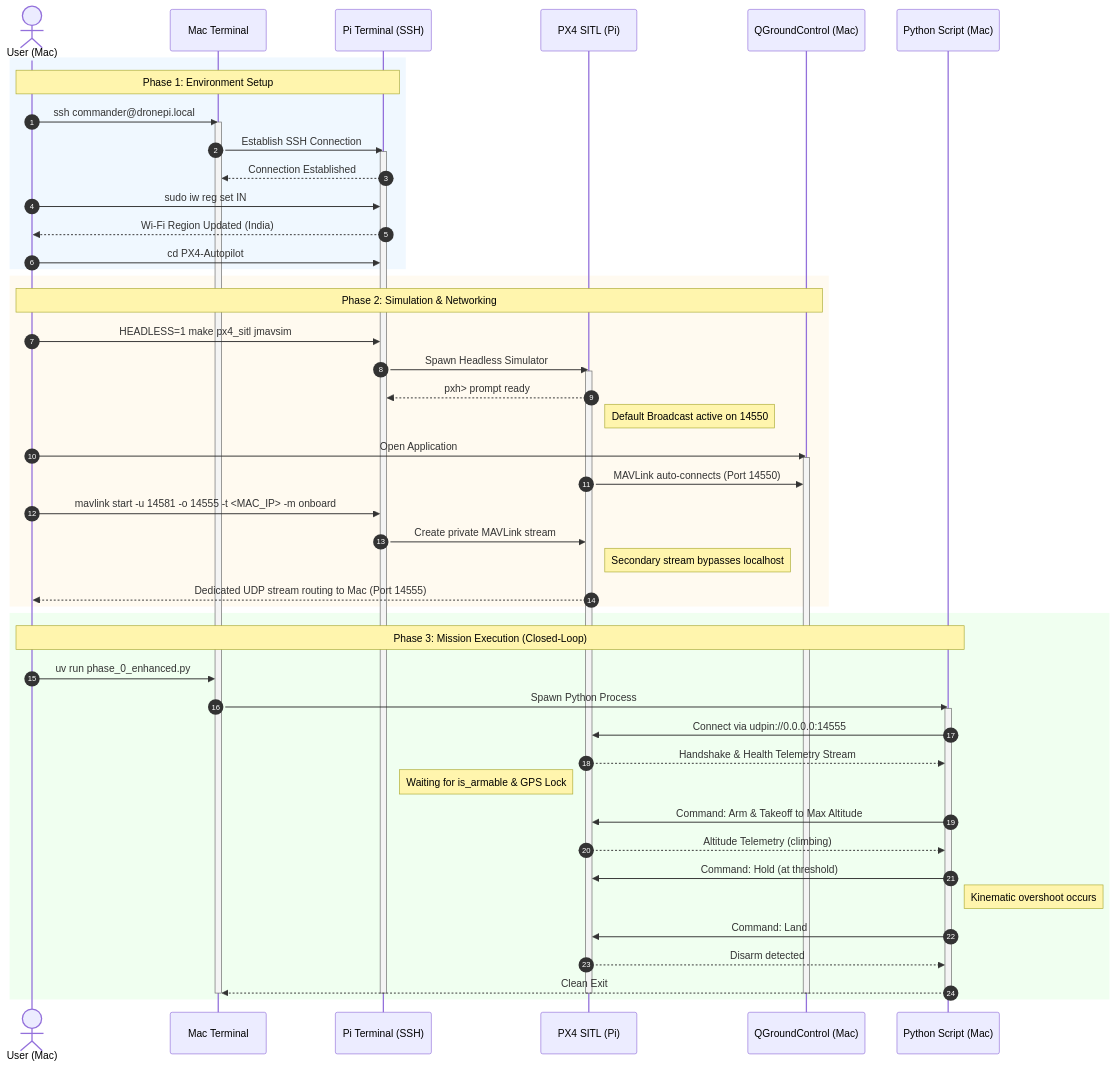
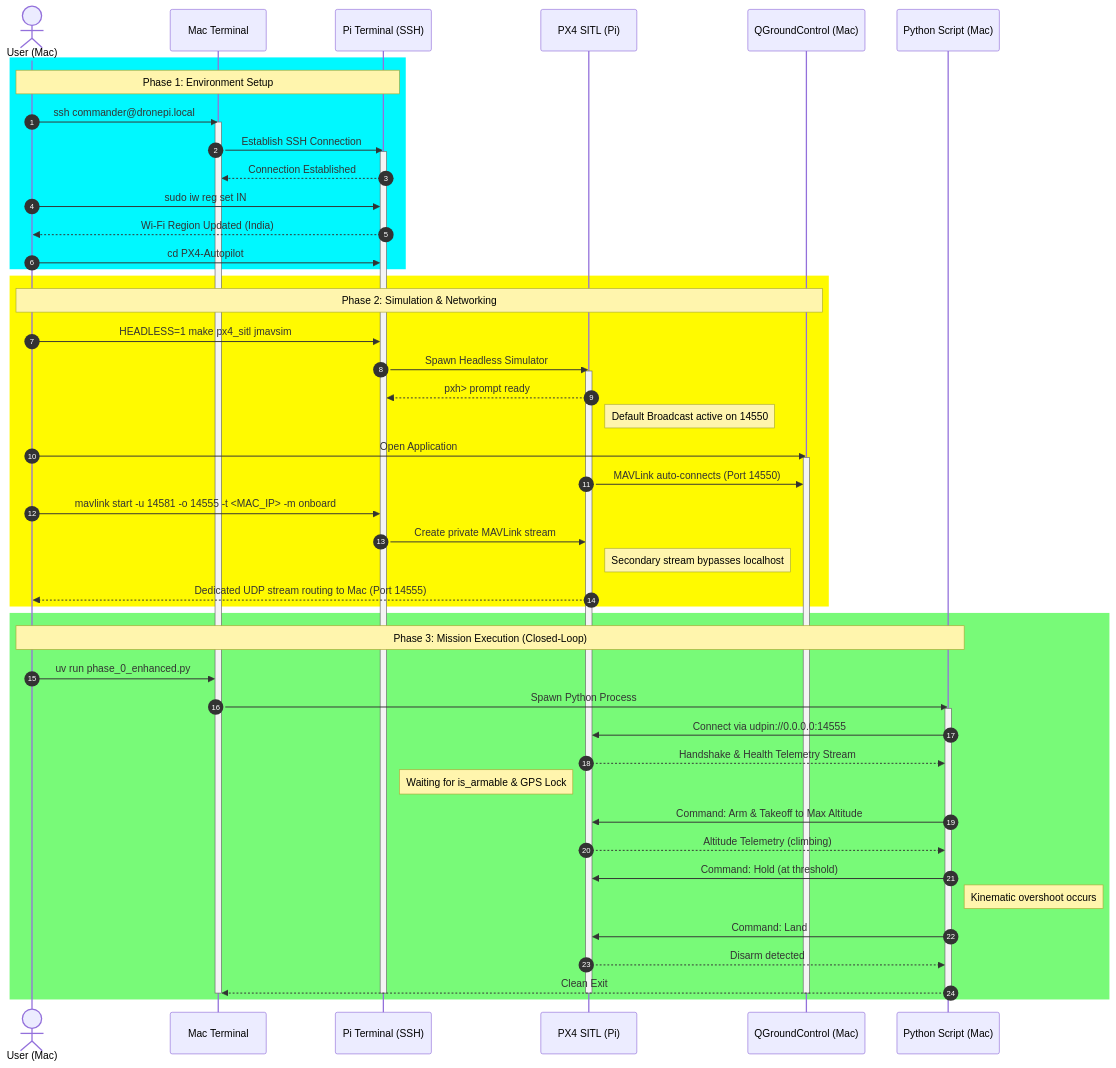
The diagram in README.md (tejas-jm/mav-sortie), drawn with Mermaid before and after one commit.

Commit message:
Mermaid Fixed In ReadME

````diff
--- a/README.md
+++ b/README.md
@@ -79,61 +79,61 @@
 ```mermaid 
 sequenceDiagram
     autonumber
     
     actor User as User (Mac)
     participant MacTerm as Mac Terminal
     participant PiTerm as Pi Terminal (SSH)
     participant PX4 as PX4 SITL (Pi)
     participant QGC as QGroundControl (Mac)
     participant MAVSDK as Python Script (Mac)
 
-    rect rgb(240, 248, 255)
+    rect rgb(0, 248, 255)
     Note over User, PiTerm: Phase 1: Environment Setup
     User->>MacTerm: ssh commander@dronepi.local
     activate MacTerm
     MacTerm->>PiTerm: Establish SSH Connection
     activate PiTerm
     PiTerm-->>MacTerm: Connection Established
     User->>PiTerm: sudo iw reg set IN
     PiTerm-->>User: Wi-Fi Region Updated (India)
     User->>PiTerm: cd PX4-Autopilot
     end
 
-    rect rgb(255, 250, 240)
+    rect rgb(255, 250, 0)
     Note over User, QGC: Phase 2: Simulation & Networking
     User->>PiTerm: HEADLESS=1 make px4_sitl jmavsim
     PiTerm->>PX4: Spawn Headless Simulator
     activate PX4
     PX4-->>PiTerm: pxh> prompt ready
     Note right of PX4: Default Broadcast active on 14550
     User->>QGC: Open Application
     activate QGC
     PX4->>QGC: MAVLink auto-connects (Port 14550)
     User->>PiTerm: mavlink start -u 14581 -o 14555 -t <MAC_IP> -m onboard
     PiTerm->>PX4: Create private MAVLink stream
     Note right of PX4: Secondary stream bypasses localhost
     PX4-->>User: Dedicated UDP stream routing to Mac (Port 14555)
     end
 
-    rect rgb(240, 255, 240)
+    rect rgb(120, 250, 120)
     Note over User, MAVSDK: Phase 3: Mission Execution (Closed-Loop)
     User->>MacTerm: uv run phase_0_enhanced.py
     MacTerm->>MAVSDK: Spawn Python Process
     activate MAVSDK
     MAVSDK->>PX4: Connect via udpin://0.0.0.0:14555
     PX4-->>MAVSDK: Handshake & Health Telemetry Stream
     Note left of PX4: Waiting for is_armable & GPS Lock
     MAVSDK->>PX4: Command: Arm & Takeoff to Max Altitude
     PX4-->>MAVSDK: Altitude Telemetry (climbing)
     MAVSDK->>PX4: Command: Hold (at threshold)
     Note right of MAVSDK: Kinematic overshoot occurs
     MAVSDK->>PX4: Command: Land
     PX4-->>MAVSDK: Disarm detected
     MAVSDK-->>MacTerm: Clean Exit
     deactivate MAVSDK
     deactivate QGC
     deactivate PX4
     deactivate PiTerm
     deactivate MacTerm
     end
 ```
````
